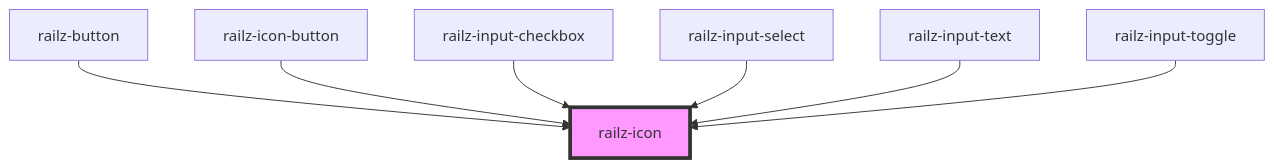
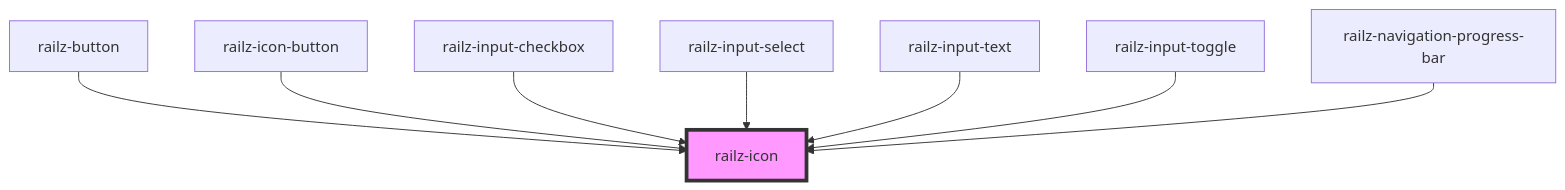
The diagram in design-components/packages/railz-components/src/components/railz-icon/readme.md (railz-ai/railz-uikit), drawn with Mermaid before and after one commit. The commit also changed other lines of this file and 8 other files, not shown here.

Commit message:
- temporarily removed icon component from progress bar

````diff
--- a/design-components/packages/railz-components/src/components/railz-icon/readme.md
+++ b/design-components/packages/railz-components/src/components/railz-icon/readme.md
@@ -26,10 +27,11 @@
 ```mermaid
 graph TD;
   railz-button --> railz-icon
   railz-icon-button --> railz-icon
   railz-input-checkbox --> railz-icon
   railz-input-select --> railz-icon
   railz-input-text --> railz-icon
   railz-input-toggle --> railz-icon
+  railz-navigation-progress-bar --> railz-icon
   style railz-icon fill:#f9f,stroke:#333,stroke-width:4px
 ```
````
